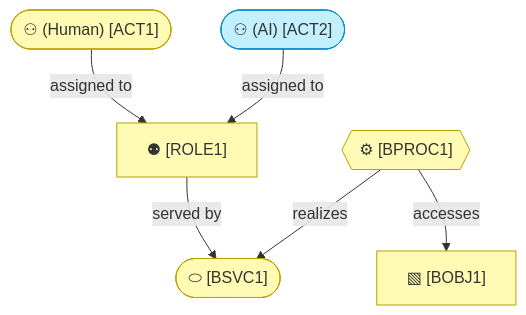
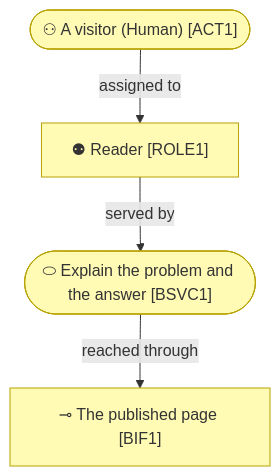
Before and after one commit to roanboc/architecture-archreator: the diagram in product-archreator/site/architecture/2_business/README.md, drawn with Mermaid. The commit also changed other lines of this file and 15 other files, not shown here.

````diff
--- a/product-archreator/site/architecture/2_business/README.md
+++ b/product-archreator/site/architecture/2_business/README.md
@@ -72,18 +62,13 @@
 ```mermaid
 flowchart TB
-  actorH(["⚇ <Who> (Human) [ACT1]"]):::business
-  actorAI(["⚇ <Who, and at what autonomy> (AI) [ACT2]"]):::application
-  role["⚉ <Role they play> [ROLE1]"]:::business
-  svc(["⬭ <What's offered> [BSVC1]"]):::business
-  proc{{"⚙ <How it's delivered> [BPROC1]"}}:::business
-  obj["▧ <What's handled> [BOBJ1]"]:::business
+  act1(["⚇ A visitor (Human) [ACT1]"]):::business
+  role1["⚉ Reader [ROLE1]"]:::business
+  svc(["⬭ Explain the problem and the answer [BSVC1]"]):::business
+  bif["⊸ The published page [BIF1]"]:::business
 
-  actorH -->|assigned to| role
-  actorAI -->|assigned to| role
-  role -->|served by| svc
-  proc -->|realizes| svc
-  proc -->|accesses| obj
+  act1 -->|assigned to| role1
+  role1 -->|served by| svc
+  svc -->|reached through| bif
 
   classDef business fill:#fffbb5,stroke:#b8a200,color:#333
-  classDef application fill:#c2f0ff,stroke:#0288d1,color:#333
 ```
````
